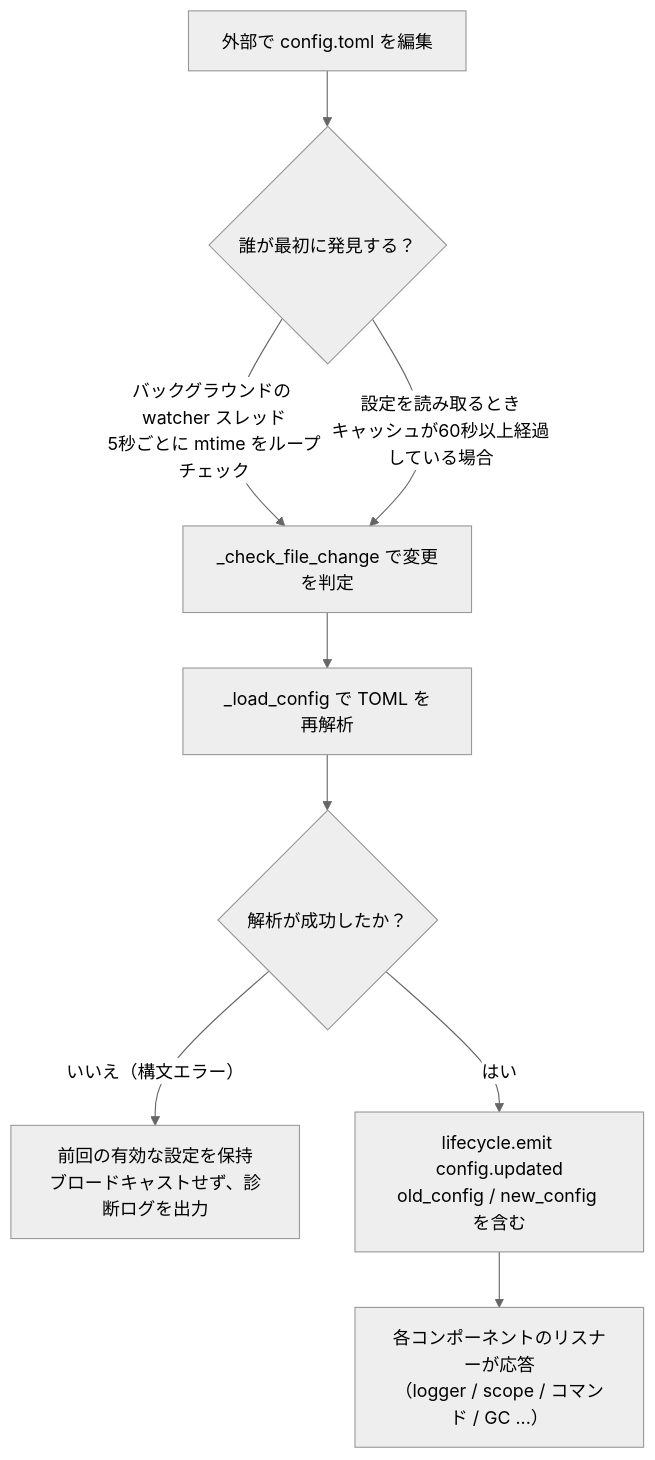
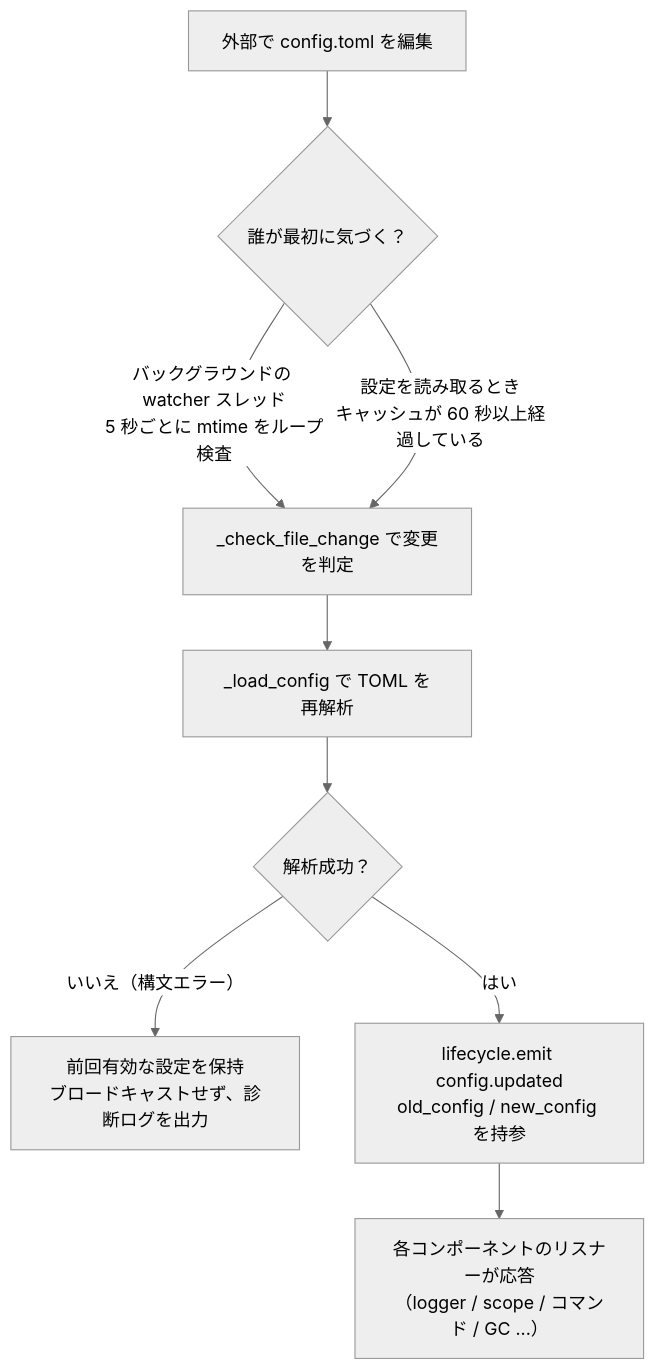
Before and after one commit to ErisPulse/ErisPulse: the diagram in docs/ja/user-guide/configuration.md, drawn with Mermaid (neutral theme). The commit also changed other lines of this file and 91 other files, not shown here.

````diff
--- a/docs/ja/user-guide/configuration.md
+++ b/docs/ja/user-guide/configuration.md
@@ -89,11 +89,11 @@
 ```mermaid
 flowchart TD
-    A["外部で config.toml を編集"] --> B{"誰が最初に発見する？"}
-    B -->|"バックグラウンドの watcher スレッド<br/>5秒ごとに mtime をループチェック"| C["_check_file_change で変更を判定"]
-    B -->|"設定を読み取るとき<br/>キャッシュが60秒以上経過している場合"| C
+    A["外部で config.toml を編集"] --> B{"誰が最初に気づく？"}
+    B -->|"バックグラウンドの watcher スレッド<br/>5 秒ごとに mtime をループ検査"| C["_check_file_change で変更を判定"]
+    B -->|"設定を読み取るとき<br/>キャッシュが 60 秒以上経過している"| C
     C --> D["_load_config で TOML を再解析"]
-    D --> E{"解析が成功したか？"}
-    E -->|"いいえ（構文エラー）"| F["前回の有効な設定を保持<br/>ブロードキャストせず、診断ログを出力"]
-    E -->|"はい"| G["lifecycle.emit config.updated<br/>old_config / new_config を含む"]
+    D --> E{"解析成功？"}
+    E -->|"いいえ（構文エラー）"| F["前回有効な設定を保持<br/>ブロードキャストせず、診断ログを出力"]
+    E -->|"はい"| G["lifecycle.emit config.updated<br/>old_config / new_config を持参"]
     G --> H["各コンポーネントのリスナーが応答<br/>（logger / scope / コマンド / GC ...）"]
 ```
````
